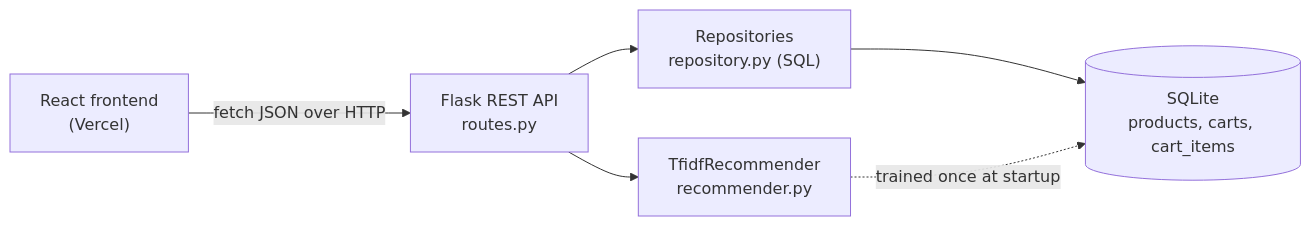
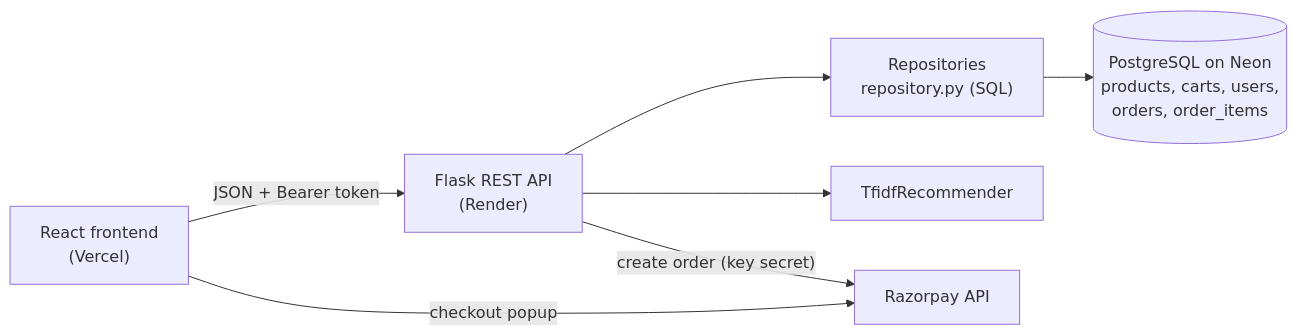
The diagram in README.md (ukjha2004/furniture-store), drawn with Mermaid before and after one commit. The commit also changed other lines of this file and 36 other files, not shown here.

Commit message:
Add login, Postgres, Razorpay checkout, orders

````diff
--- a/README.md
+++ b/README.md
@@ -22,8 +30,9 @@
 ```mermaid
 flowchart LR
-    UI["React frontend<br/>(Vercel)"] -- "fetch JSON over HTTP" --> API["Flask REST API<br/>routes.py"]
+    UI["React frontend<br/>(Vercel)"] -- "JSON + Bearer token" --> API["Flask REST API<br/>(Render)"]
     API --> Repo["Repositories<br/>repository.py (SQL)"]
-    API --> Rec["TfidfRecommender<br/>recommender.py"]
-    Repo --> DB[("SQLite<br/>products, carts, cart_items")]
-    Rec -. "trained once at startup" .-> DB
+    API --> Rec["TfidfRecommender"]
+    API -- "create order (key secret)" --> RZP["Razorpay API"]
+    UI -- "checkout popup" --> RZP
+    Repo --> DB[("PostgreSQL on Neon<br/>products, carts, users,<br/>orders, order_items")]
 ```
````
